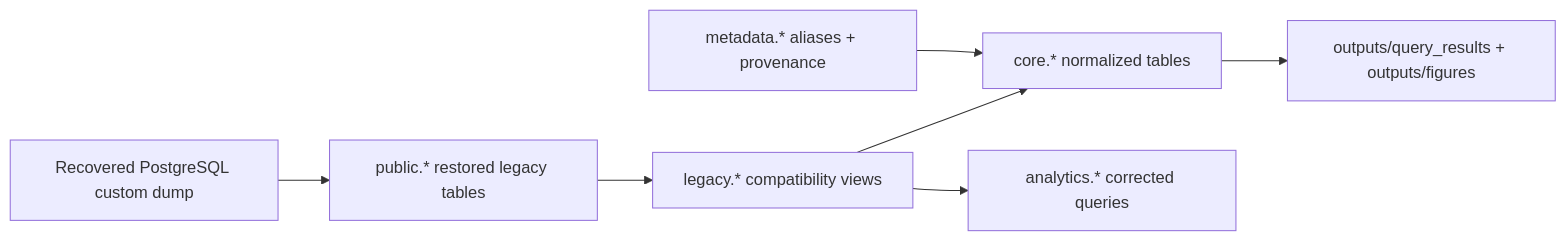
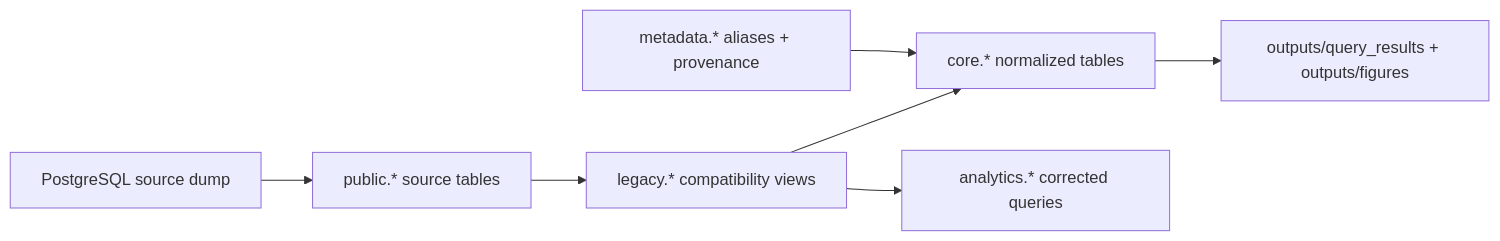
The diagram in docs/architecture.md (Funger1314/National-Parks-Recreational-Database), drawn with Mermaid before and after one commit. The commit also changed other lines of this file and 6 other files, not shown here.

````diff
--- a/docs/architecture.md
+++ b/docs/architecture.md
@@ -14,9 +14,9 @@
 ```mermaid
 flowchart LR
-    Dump["Recovered PostgreSQL custom dump"] --> Public["public.* restored legacy tables"]
+    Dump["PostgreSQL source dump"] --> Public["public.* source tables"]
     Public --> Legacy["legacy.* compatibility views"]
     Legacy --> Core["core.* normalized tables"]
     Legacy --> Analytics["analytics.* corrected queries"]
     Metadata["metadata.* aliases + provenance"] --> Core
     Core --> Outputs["outputs/query_results + outputs/figures"]
 ```
````
